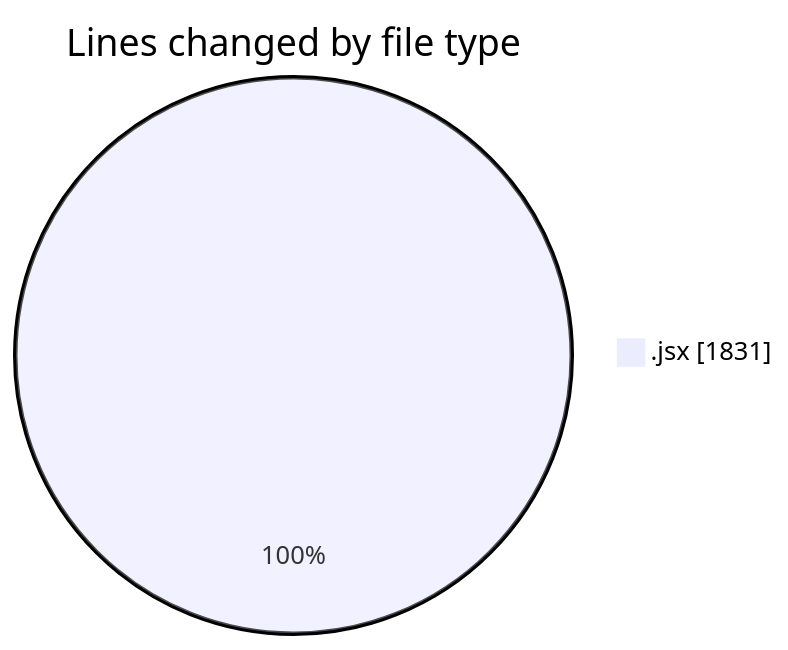
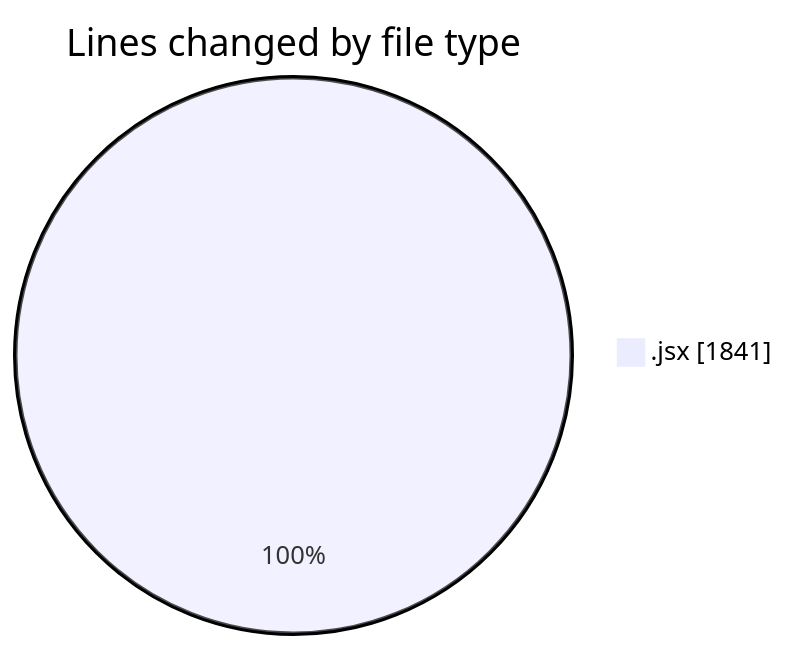
Before and after one commit to nxtqubesakshisongat/code-tracking: the first of 2 diagrams in 2025-05-07/nxtqube_webapp/README.md, drawn with Mermaid. The commit also changed other lines of this file and 1 other file, not shown here.

````diff
--- a/2025-05-07/nxtqube_webapp/README.md
+++ b/2025-05-07/nxtqube_webapp/README.md
@@ -20,5 +20,5 @@
 ```mermaid
 pie showData
 title Lines changed by file type
-".jsx" : 1831
+".jsx" : 1841
 ```
````
